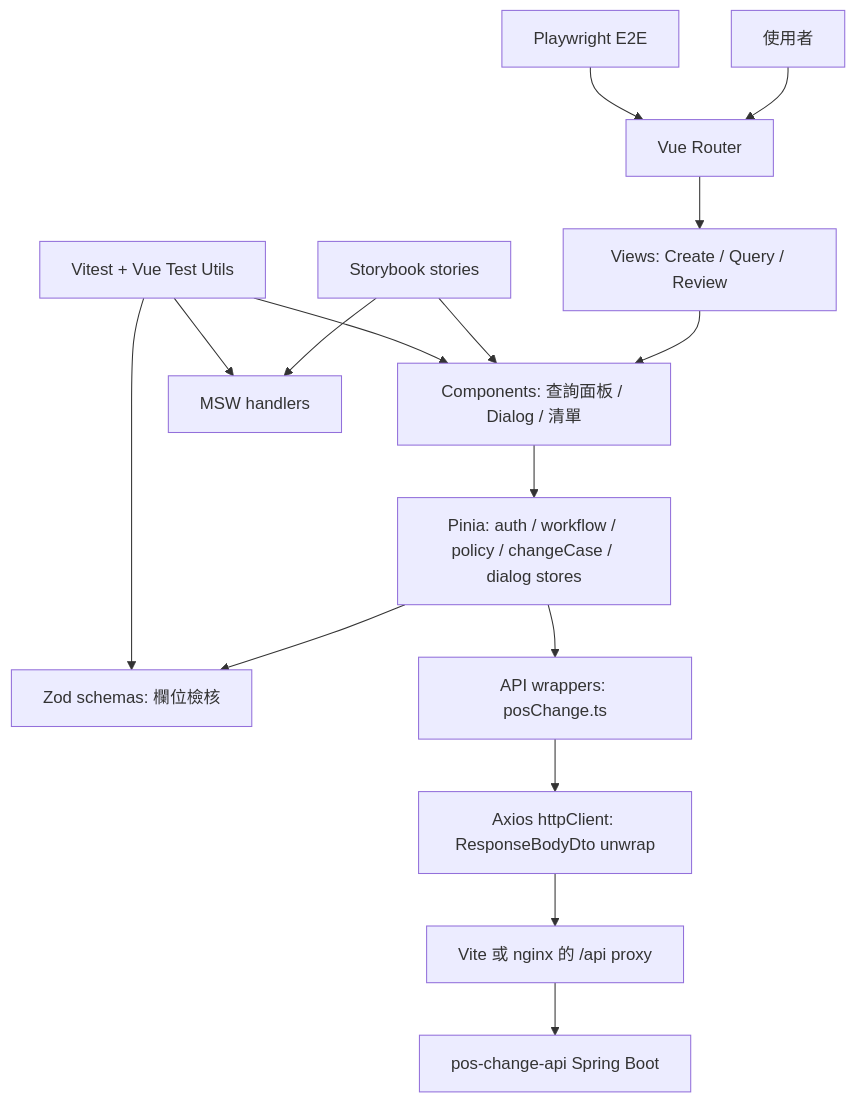
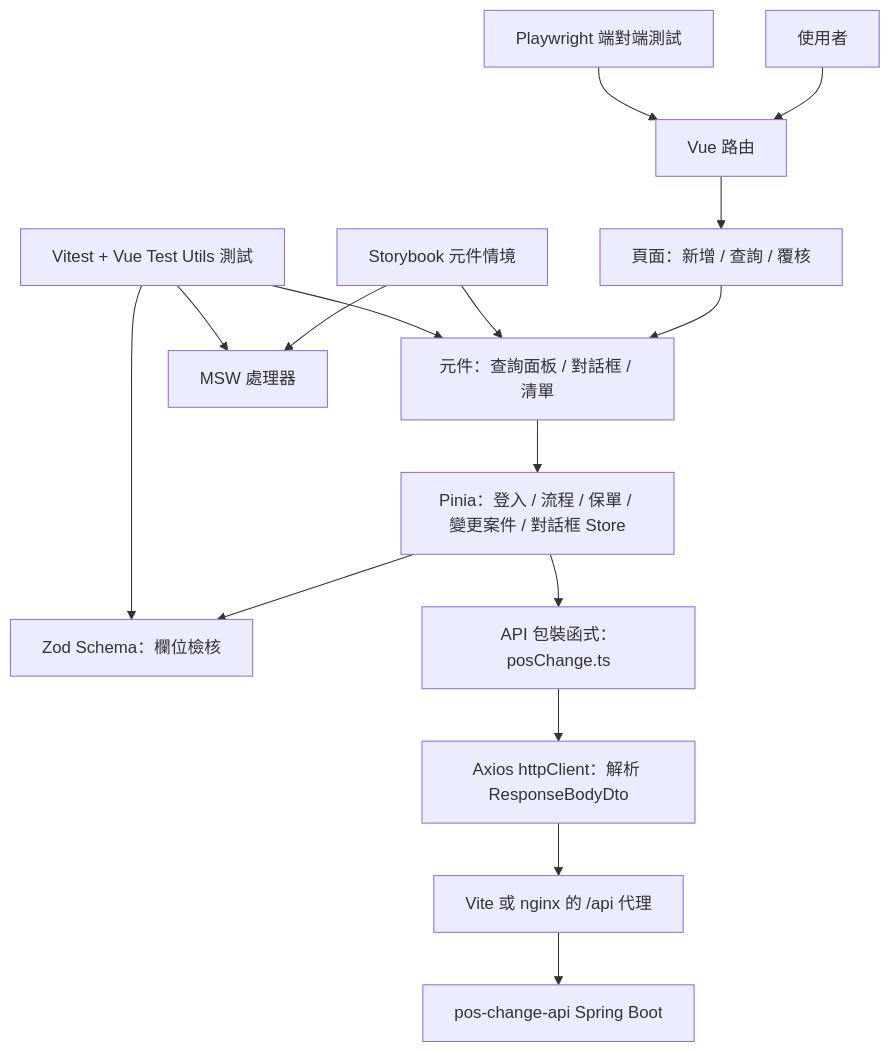
One commit to lin-chia-ying0630/pos-web changed the sixth of 6 diagrams in readme.md. Above: the diagram before and after it, drawn with Mermaid. The commit also changed other lines of this file and 35 other files, not shown here.

````diff
--- a/readme.md
+++ b/readme.md
@@ -297,18 +343,18 @@
 ```mermaid
 flowchart TD
-    A["使用者"] --> B["Vue Router"]
-    B --> C["Views: Create / Query / Review"]
-    C --> D["Components: 查詢面板 / Dialog / 清單"]
-    D --> E["Pinia: auth / workflow / policy / changeCase / dialog stores"]
-    E --> F["Zod schemas: 欄位檢核"]
-    E --> G["API wrappers: posChange.ts"]
-    G --> H["Axios httpClient: ResponseBodyDto unwrap"]
-    H --> I["Vite 或 nginx 的 /api proxy"]
+    A["使用者"] --> B["Vue 路由"]
+    B --> C["頁面：新增 / 查詢 / 覆核"]
+    C --> D["元件：查詢面板 / 對話框 / 清單"]
+    D --> E["Pinia：登入 / 流程 / 保單 / 變更案件 / 對話框 Store"]
+    E --> F["Zod Schema：欄位檢核"]
+    E --> G["API 包裝函式：posChange.ts"]
+    G --> H["Axios httpClient：解析 ResponseBodyDto"]
+    H --> I["Vite 或 nginx 的 /api 代理"]
     I --> J["pos-change-api Spring Boot"]
-    K["Storybook stories"] --> D
-    K --> L["MSW handlers"]
-    M["Vitest + Vue Test Utils"] --> D
+    K["Storybook 元件情境"] --> D
+    K --> L["MSW 處理器"]
+    M["Vitest + Vue Test Utils 測試"] --> D
     M --> F
     M --> L
-    N["Playwright E2E"] --> B
+    N["Playwright 端對端測試"] --> B
 ```
````
